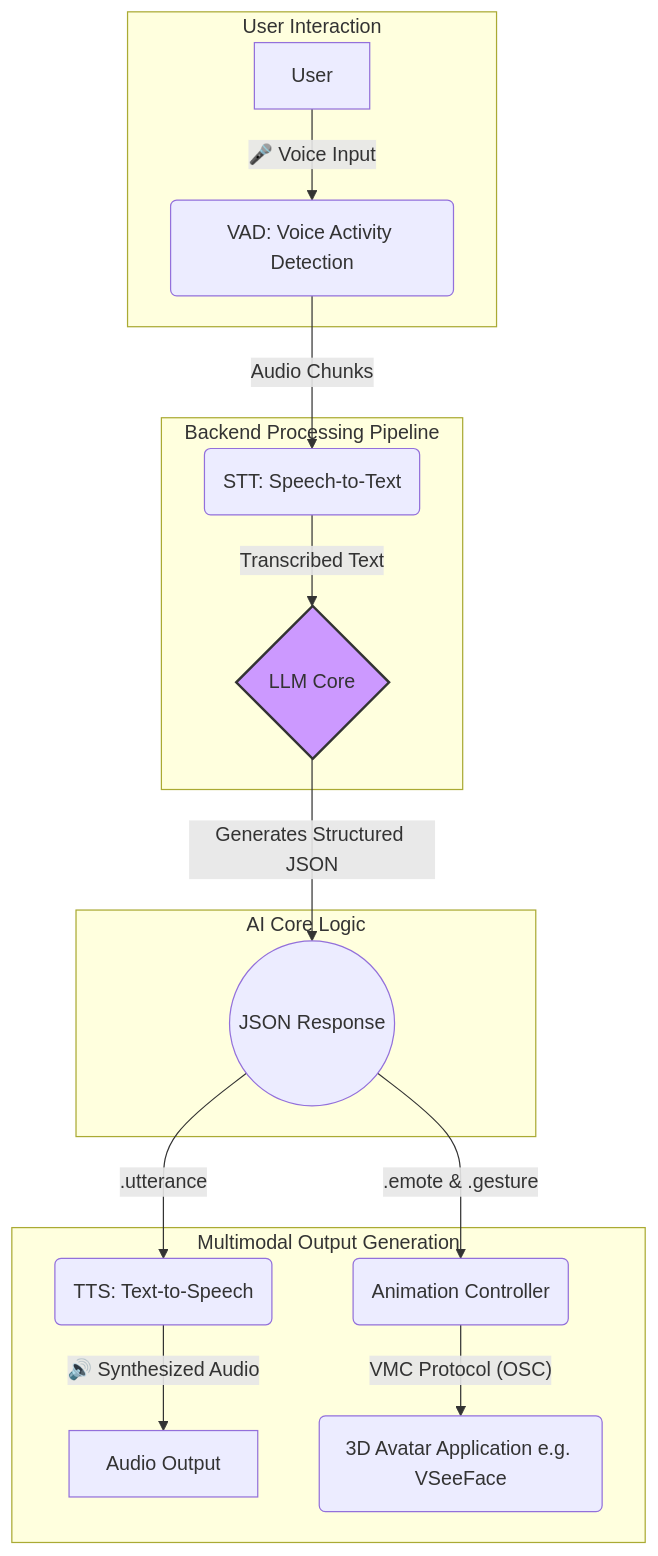
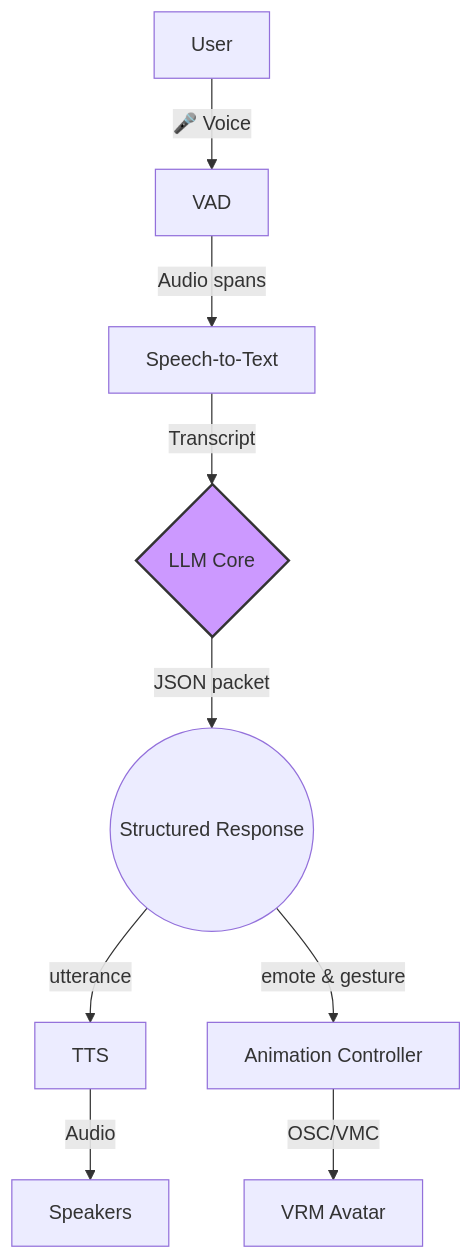
One commit to LookJohnny/csci653-as1-anita changed the diagram in README.md. Above: the diagram before and after it, drawn with Mermaid. The commit also changed other lines of this file, not shown here.

````diff
--- a/README.md
+++ b/README.md
@@ -39,24 +32,12 @@
 ```mermaid
 graph TD
-    subgraph "User Interaction"
-        A[User] -- "🎤 Voice Input" --> B(VAD: Voice Activity Detection);
-    end
-
-    subgraph "Backend Processing Pipeline"
-        B -- "Audio Chunks" --> C(STT: Speech-to-Text);
-        C -- "Transcribed Text" --> D{LLM Core};
-    end
-
-    subgraph "AI Core Logic"
-        D -- "Generates Structured JSON" --> E((JSON Response));
-    end
-
-    subgraph "Multimodal Output Generation"
-        E -- ".utterance" --> F(TTS: Text-to-Speech);
-        E -- ".emote & .gesture" --> G(Animation Controller);
-        F -- "🔊 Synthesized Audio" --> H[Audio Output];
-        G -- "VMC Protocol (OSC)" --> I(3D Avatar Application e.g. VSeeFace);
-    end
-
-    style D fill:#c9f,stroke:#333,stroke-width:2px
+    U[User] -- 🎤 Voice --> VAD
+    VAD -- Audio spans --> STT[Speech-to-Text]
+    STT -- Transcript --> LLM{LLM Core}
+    LLM -- JSON packet --> HUB((Structured Response))
+    HUB -- utterance --> TTS
+    TTS -- Audio --> OUT[Speakers]
+    HUB -- emote & gesture --> ANIM[Animation Controller]
+    ANIM -- OSC/VMC --> AVATAR[VRM Avatar]
+    style LLM fill:#c9f,stroke:#333,stroke-width:2px
 ```
````
